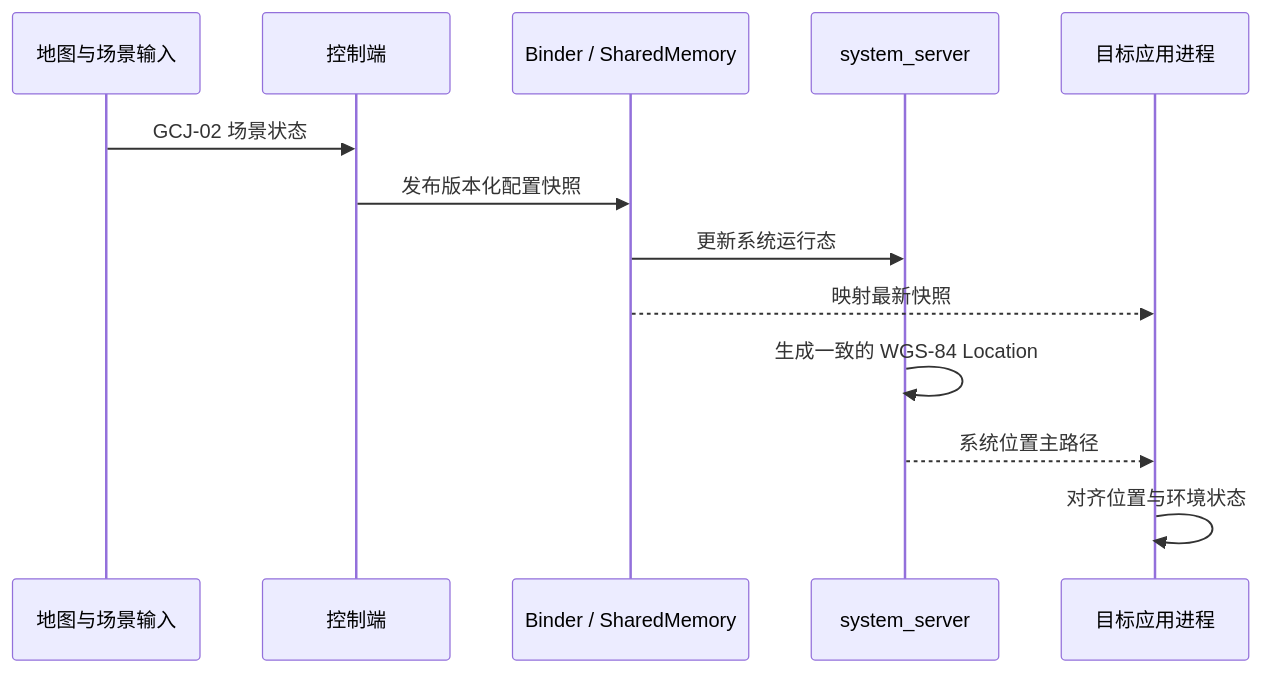
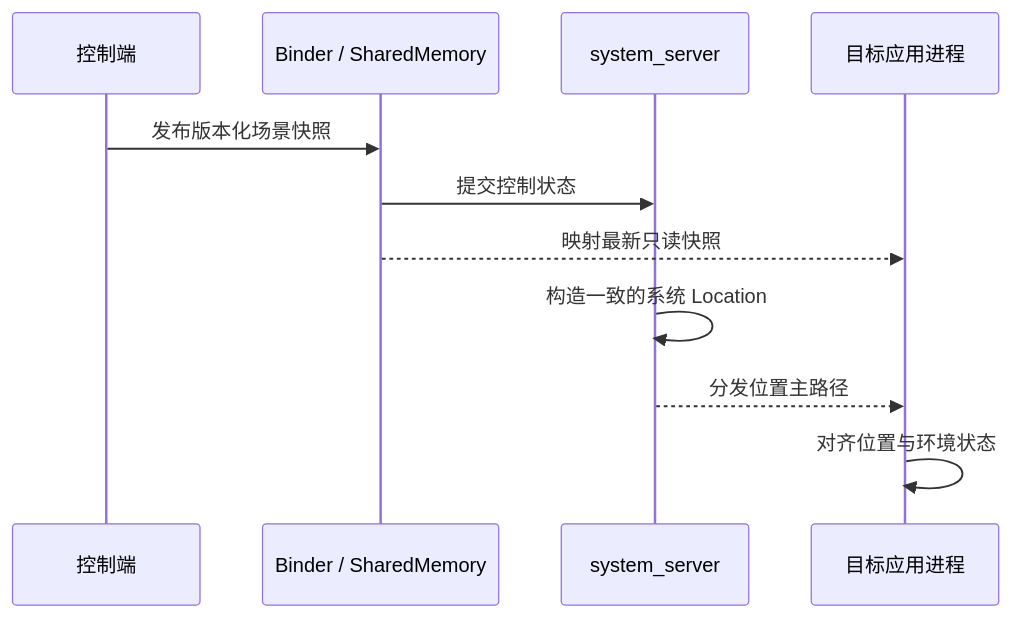
Before and after one commit to sparr-sherrya/hlocation-release: the third of 3 diagrams in README.md, drawn with Mermaid. The commit also changed other lines of this file and 3 other files, not shown here.

Commit message:
docs: publish formal architecture overview

````diff
--- a/README.md
+++ b/README.md
@@ -134,16 +128,14 @@
 ```mermaid
 sequenceDiagram
-    participant User as 地图与场景输入
     participant App as 控制端
     participant IPC as Binder / SharedMemory
     participant System as system_server
     participant Target as 目标应用进程
 
-    User->>App: GCJ-02 场景状态
-    App->>IPC: 发布版本化配置快照
-    IPC->>System: 更新系统运行态
-    IPC-->>Target: 映射最新快照
-    System->>System: 生成一致的 WGS-84 Location
-    System-->>Target: 系统位置主路径
+    App->>IPC: 发布版本化场景快照
+    IPC->>System: 提交控制状态
+    IPC-->>Target: 映射最新只读快照
+    System->>System: 构造一致的系统 Location
+    System-->>Target: 分发位置主路径
     Target->>Target: 对齐位置与环境状态
 ```
````
